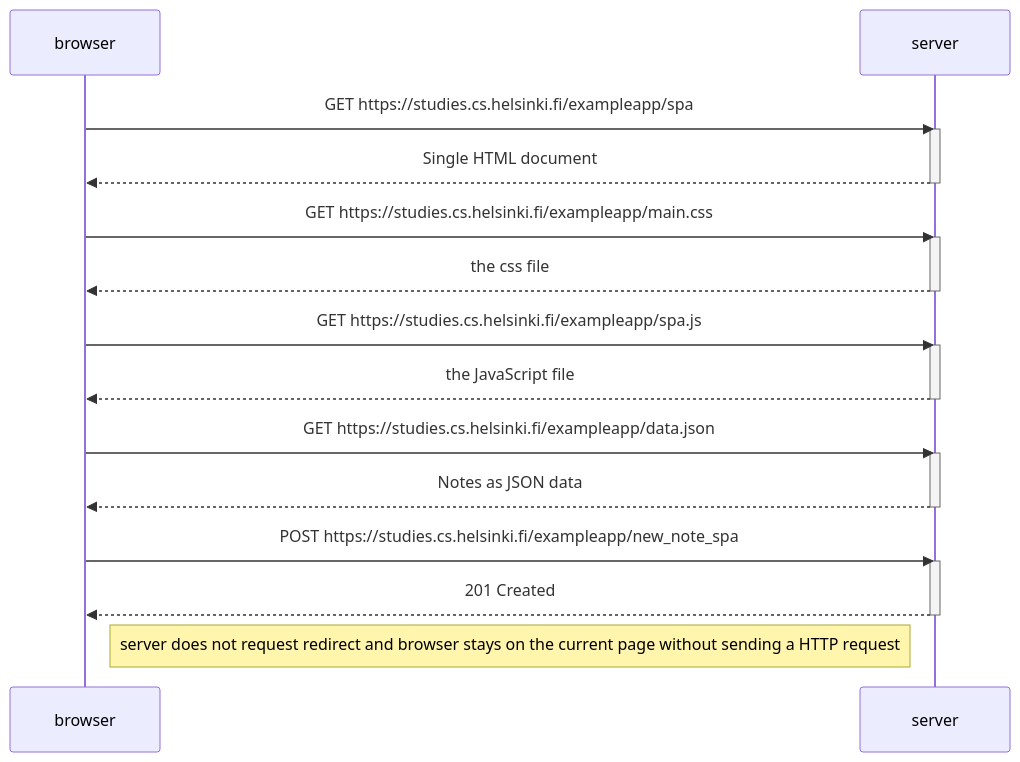
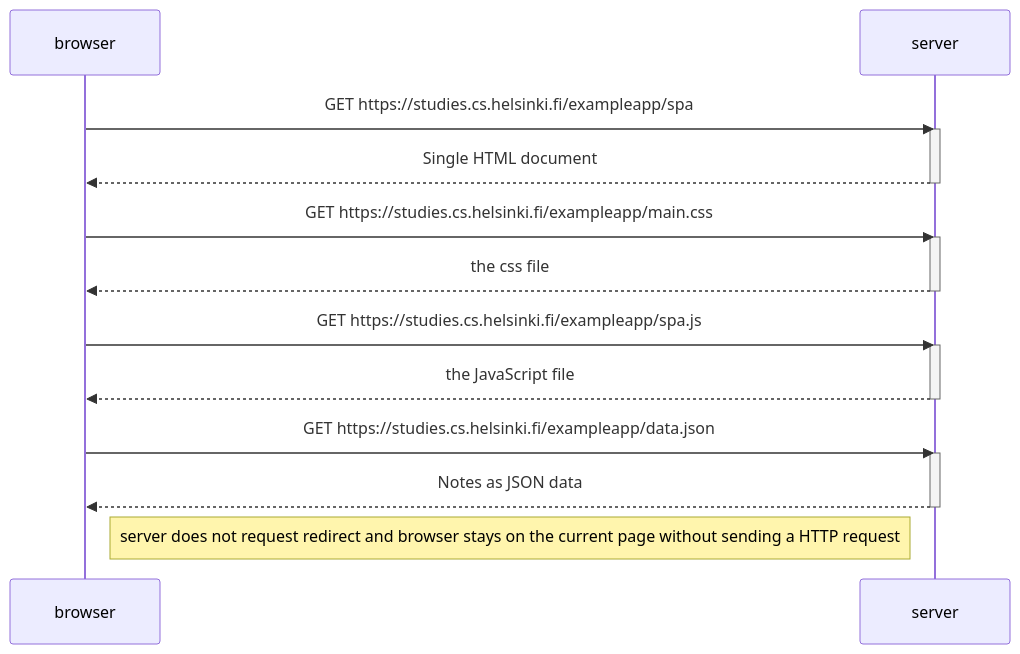
One commit to Tayo117/submissions changed the diagram in part0/single-page_diagram.md. Above: the diagram before and after it, drawn with Mermaid.

Commit message:
Remove POST request from single-page diagram
Removed POST request example from the diagram.

````diff
--- a/part0/single-page_diagram.md
+++ b/part0/single-page_diagram.md
@@ -1,32 +1,27 @@
 ```mermaid
   sequenceDiagram
     participant browser
     participant server
 
     browser->>server: GET https://studies.cs.helsinki.fi/exampleapp/spa
     activate server
     server-->>browser: Single HTML document
     deactivate server
 
     browser->>server: GET https://studies.cs.helsinki.fi/exampleapp/main.css
     activate server
     server-->>browser: the css file
     deactivate server
 
     browser->>server: GET https://studies.cs.helsinki.fi/exampleapp/spa.js
     activate server
     server-->>browser: the JavaScript file
     deactivate server
     
     browser->>server: GET https://studies.cs.helsinki.fi/exampleapp/data.json
     activate server
     server-->>browser: Notes as JSON data
     deactivate server
 
-    browser->>server: POST https://studies.cs.helsinki.fi/exampleapp/new_note_spa
-    activate server
-    server-->>browser: 201 Created
-    deactivate server
-
    Note right of browser: server does not request redirect and browser stays on the current page without sending a HTTP request
 ```
````
